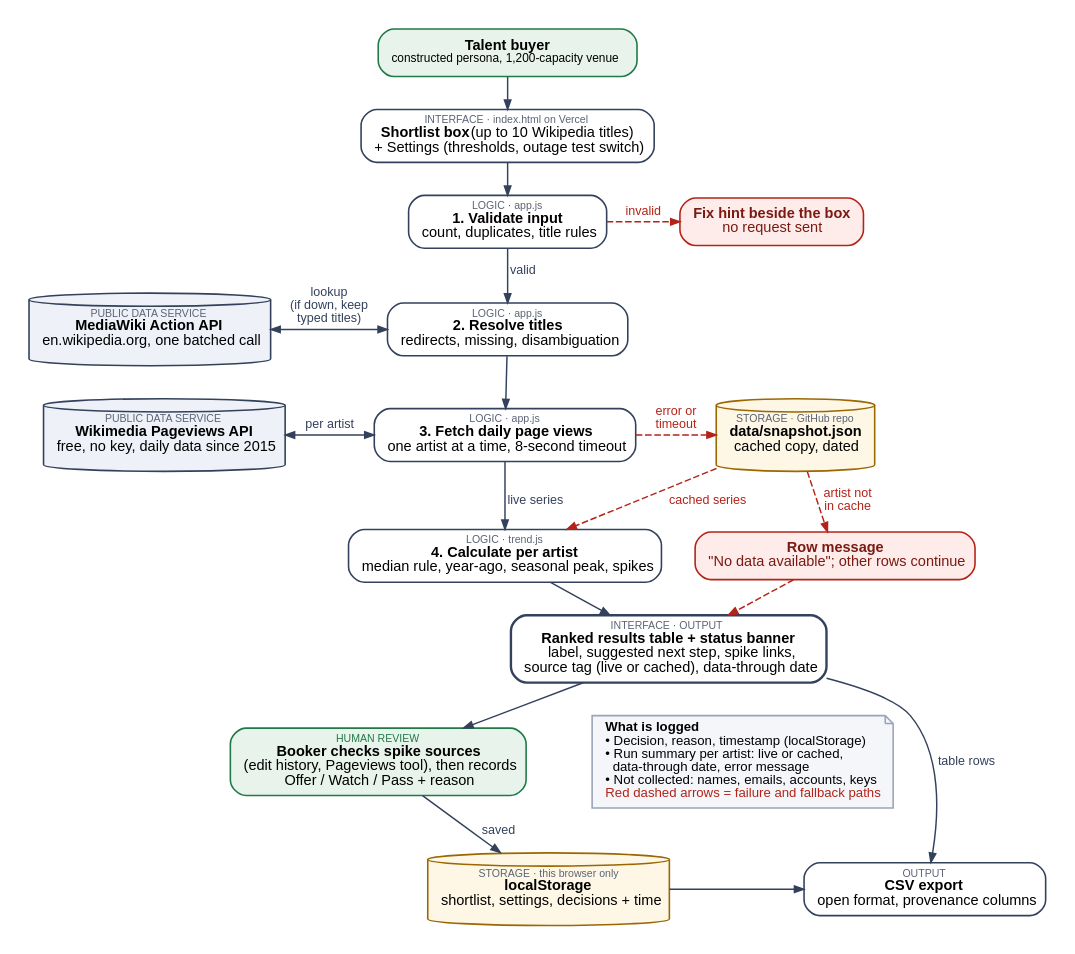
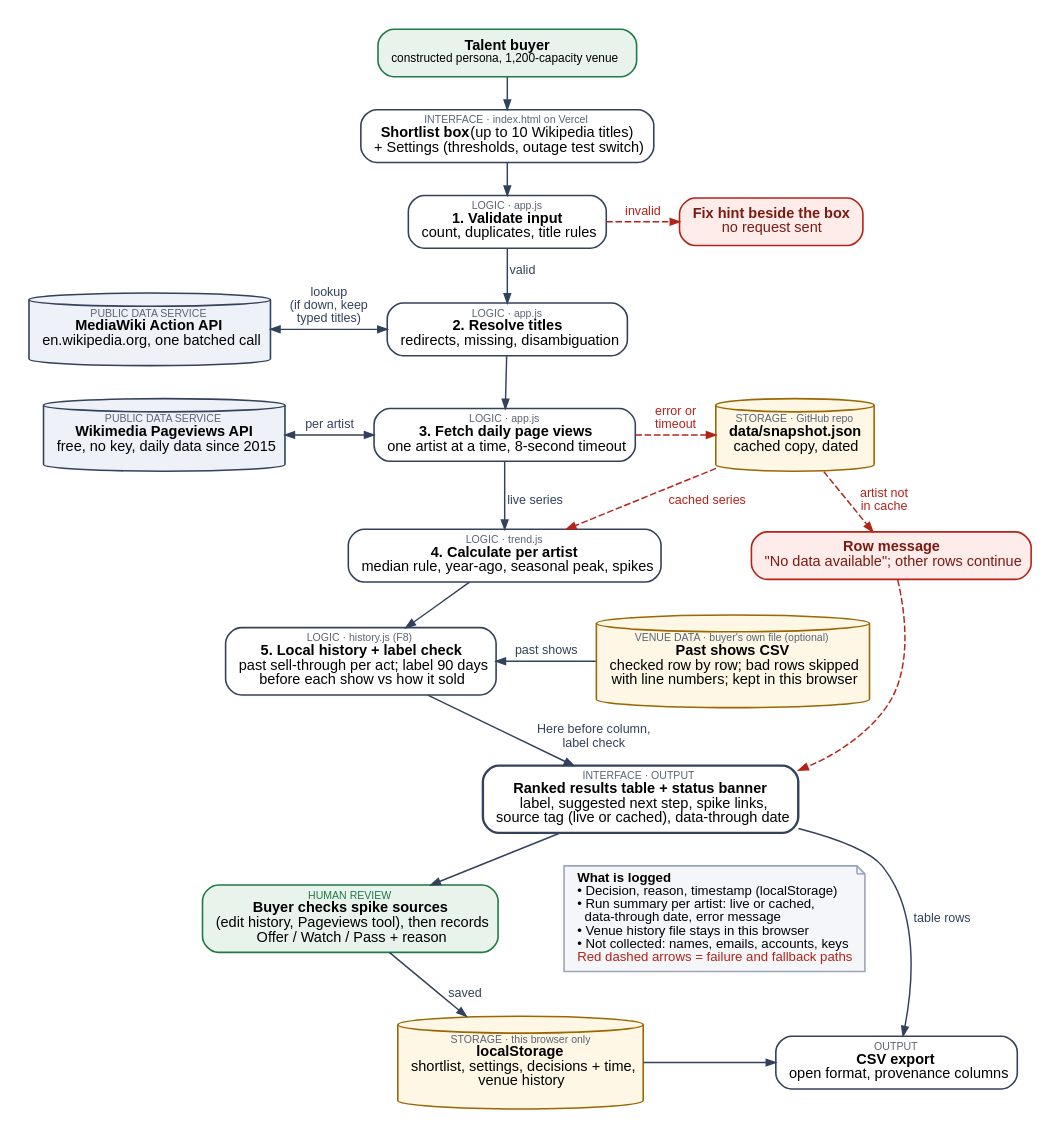
Before and after one commit to seanhoneywell31/venue-booker: the diagram in docs/architecture.dot, drawn with Graphviz. The commit also changed 7 other files, not shown here.

First line of the commit message:
Add venue history and label check (F8)

```diff
--- a/docs/architecture.dot
+++ b/docs/architecture.dot
@@ -1,48 +1,53 @@
 digraph BookingRadar {
   graph [rankdir=TB, fontname="Arial", nodesep=0.35, ranksep=0.32, pad=0.2, bgcolor="white", newrank=true, splines=spline];
   node  [shape=box, style="rounded,filled", fillcolor="white", color="#33415c", fontname="Arial", fontsize=11, margin="0.14,0.07", penwidth=1.2];
   edge  [color="#33415c", fontname="Arial", fontsize=9.5, fontcolor="#33415c", arrowsize=0.7, penwidth=1.1];
 
   U   [label=<<b>Talent buyer</b><br/><font point-size="9.5">constructed persona, 1,200-capacity venue</font>>, fillcolor="#e8f3ec", color="#1f7a45"];
   IN  [label=<<font point-size="8.5" color="#5b6475">INTERFACE · index.html on Vercel</font><br/><b>Shortlist box</b> (up to 10 Wikipedia titles)<br/>+ Settings (thresholds, outage test switch)>];
   V   [label=<<font point-size="8.5" color="#5b6475">LOGIC · app.js</font><br/><b>1. Validate input</b><br/>count, duplicates, title rules>];
   E1  [label=<<b>Fix hint beside the box</b><br/>no request sent>, fillcolor="#fdecea", color="#b42318", fontcolor="#7a1a12"];
   A   [label=<<font point-size="8.5" color="#5b6475">PUBLIC DATA SERVICE</font><br/><b>MediaWiki Action API</b><br/>en.wikipedia.org, one batched call>, shape=cylinder, style="filled", fillcolor="#eef2f8"];
   R   [label=<<font point-size="8.5" color="#5b6475">LOGIC · app.js</font><br/><b>2. Resolve titles</b><br/>redirects, missing, disambiguation>];
   P   [label=<<font point-size="8.5" color="#5b6475">PUBLIC DATA SERVICE</font><br/><b>Wikimedia Pageviews API</b><br/>free, no key, daily data since 2015>, shape=cylinder, style="filled", fillcolor="#eef2f8"];
   F   [label=<<font point-size="8.5" color="#5b6475">LOGIC · app.js</font><br/><b>3. Fetch daily page views</b><br/>one artist at a time, 8-second timeout>];
   S   [label=<<font point-size="8.5" color="#5b6475">STORAGE · GitHub repo</font><br/><b>data/snapshot.json</b><br/>cached copy, dated>, shape=cylinder, style="filled", fillcolor="#fff7e6", color="#9a6700"];
   C   [label=<<font point-size="8.5" color="#5b6475">LOGIC · trend.js</font><br/><b>4. Calculate per artist</b><br/>median rule, year-ago, seasonal peak, spikes>];
   E2  [label=<<b>Row message</b><br/>"No data available"; other rows continue>, fillcolor="#fdecea", color="#b42318", fontcolor="#7a1a12"];
+  HV  [label=<<font point-size="8.5" color="#5b6475">VENUE DATA · buyer's own file (optional)</font><br/><b>Past shows CSV</b><br/>checked row by row; bad rows skipped<br/>with line numbers; kept in this browser>, shape=cylinder, style="filled", fillcolor="#fff7e6", color="#9a6700"];
+  LC  [label=<<font point-size="8.5" color="#5b6475">LOGIC · history.js (F8)</font><br/><b>5. Local history + label check</b><br/>past sell-through per act; label 90 days<br/>before each show vs how it sold>];
   OUT [label=<<font point-size="8.5" color="#5b6475">INTERFACE · OUTPUT</font><br/><b>Ranked results table + status banner</b><br/>label, suggested next step, spike links,<br/>source tag (live or cached), data-through date>, penwidth=1.8];
-  H   [label=<<font point-size="8.5" color="#1f7a45">HUMAN REVIEW</font><br/><b>Booker checks spike sources</b><br/>(edit history, Pageviews tool), then records<br/>Offer / Watch / Pass + reason>, shape=box, fillcolor="#e8f3ec", color="#1f7a45"];
-  L   [label=<<font point-size="8.5" color="#5b6475">STORAGE · this browser only</font><br/><b>localStorage</b><br/>shortlist, settings, decisions + time>, shape=cylinder, style="filled", fillcolor="#fff7e6", color="#9a6700"];
+  H   [label=<<font point-size="8.5" color="#1f7a45">HUMAN REVIEW</font><br/><b>Buyer checks spike sources</b><br/>(edit history, Pageviews tool), then records<br/>Offer / Watch / Pass + reason>, shape=box, fillcolor="#e8f3ec", color="#1f7a45"];
+  L   [label=<<font point-size="8.5" color="#5b6475">STORAGE · this browser only</font><br/><b>localStorage</b><br/>shortlist, settings, decisions + time,<br/>venue history>, shape=cylinder, style="filled", fillcolor="#fff7e6", color="#9a6700"];
   X   [label=<<font point-size="8.5" color="#5b6475">OUTPUT</font><br/><b>CSV export</b><br/>open format, provenance columns>, shape=box];
-  LOG [label=<<b>What is logged</b><br align="left"/>• Decision, reason, timestamp (localStorage)<br align="left"/>• Run summary per artist: live or cached,<br align="left"/>   data-through date, error message<br align="left"/>• Not collected: names, emails, accounts, keys<br align="left"/><font color="#b42318">Red dashed arrows = failure and fallback paths</font><br align="left"/>>, shape=note, fillcolor="#f4f6fa", color="#9aa5b8", fontsize=10];
+  LOG [label=<<b>What is logged</b><br align="left"/>• Decision, reason, timestamp (localStorage)<br align="left"/>• Run summary per artist: live or cached,<br align="left"/>   data-through date, error message<br align="left"/>• Venue history file stays in this browser<br align="left"/>• Not collected: names, emails, accounts, keys<br align="left"/><font color="#b42318">Red dashed arrows = failure and fallback paths</font><br align="left"/>>, shape=note, fillcolor="#f4f6fa", color="#9aa5b8", fontsize=10];
 
   { rank=same; V; E1 }
   { rank=same; A; R }
   { rank=same; P; F; S }
   { rank=same; C; E2 }
+  { rank=same; LC; HV }
   { rank=same; H; LOG }
   { rank=same; L; X }
 
   U -> IN -> V;
   V -> R [label=" valid"];
   V -> E1 [label=" invalid", style=dashed, color="#b42318", fontcolor="#b42318"];
   A -> R [dir=both, label=" lookup\n (if down, keep\n typed titles)"];
   R -> F;
   P -> F [dir=both, label=" per artist"];
   F -> S [label=" error or\n timeout", style=dashed, color="#b42318", fontcolor="#b42318"];
   F -> C [label=" live series"];
   S -> C [label=" cached series", style=dashed, color="#b42318", fontcolor="#b42318"];
   S -> E2 [label=" artist not\n in cache", style=dashed, color="#b42318", fontcolor="#b42318"];
-  C -> OUT;
+  C -> LC;
+  HV -> LC [label=" past shows"];
+  LC -> OUT [label=" Here before column,\n label check"];
   E2 -> OUT [style=dashed, color="#b42318"];
   OUT -> H;
   H -> L [label=" saved"];
   L -> X;
   OUT -> X [label=" table rows"];
   H -> LOG [style=invis];
   A -> P [style=invis];
 }
```
